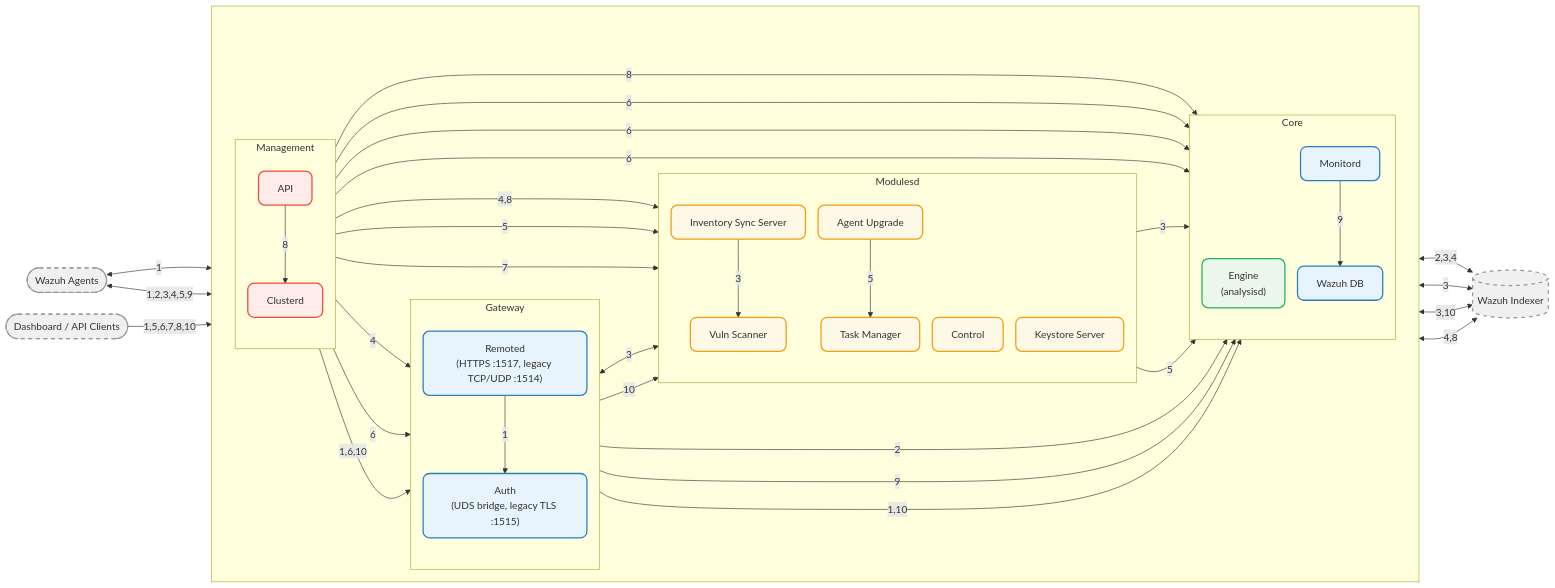
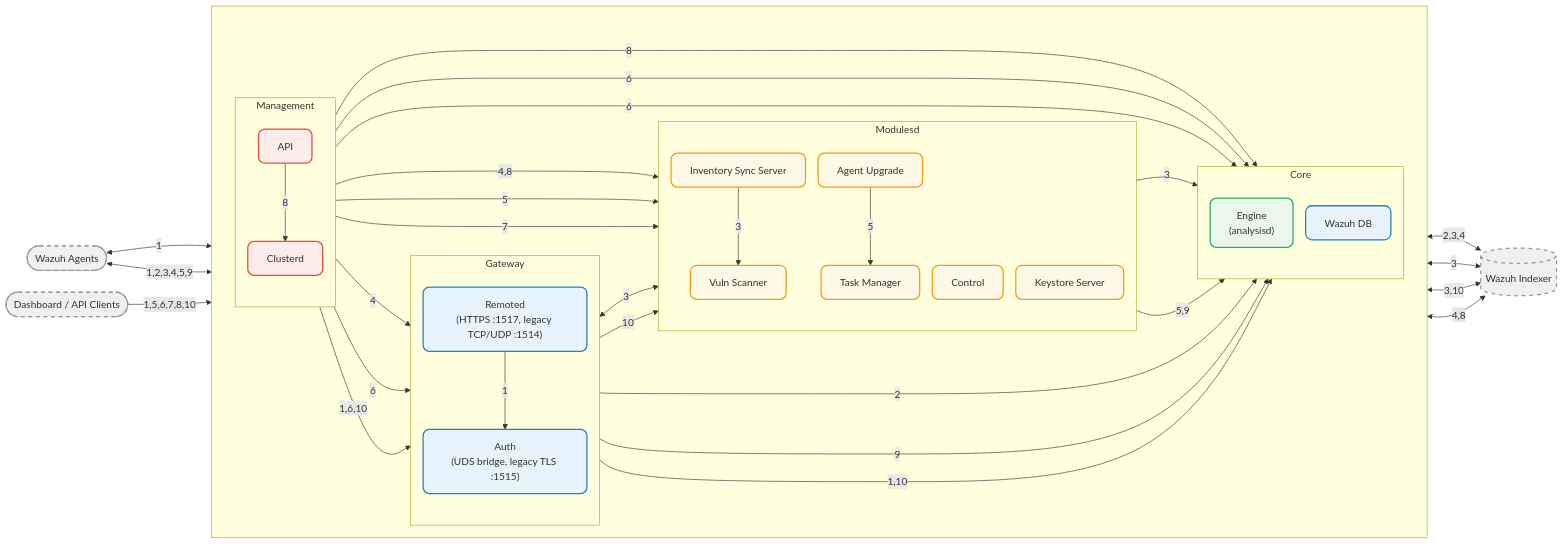
The diagram in docs/ref/architecture.md (wazuh/wazuh), drawn with Mermaid before and after one commit. The commit also changed other lines of this file and 72 other files, not shown here.

```diff
--- a/docs/ref/architecture.md
+++ b/docs/ref/architecture.md
@@ -38,7 +38,6 @@
     direction TB
     engine["Engine<br/>(analysisd)"]:::e
     wdb["Wazuh DB"]:::d
-    monitord["Monitord"]:::d
   end
 
   subgraph modulesd["Modulesd"]
@@ -74,8 +73,7 @@
 
 %% Modulesd → Core
 vs -->|3| engine
-tm -->|5| wdb
-monitord -->|9| wdb
+tm -->|5,9| wdb
 
 %% Modulesd internal (in-process VD scan lane)
 is -->|3| vs
@@ -97,7 +95,7 @@
 clusterd -->|4,8| ks
 
 %% Management → Internal
-api -->|6| engine & wdb & remoted & monitord
+api -->|6| engine & wdb & remoted
 api -->|1,6,10| authd
 api -->|5| au
 api -->|7| ctrl
```
